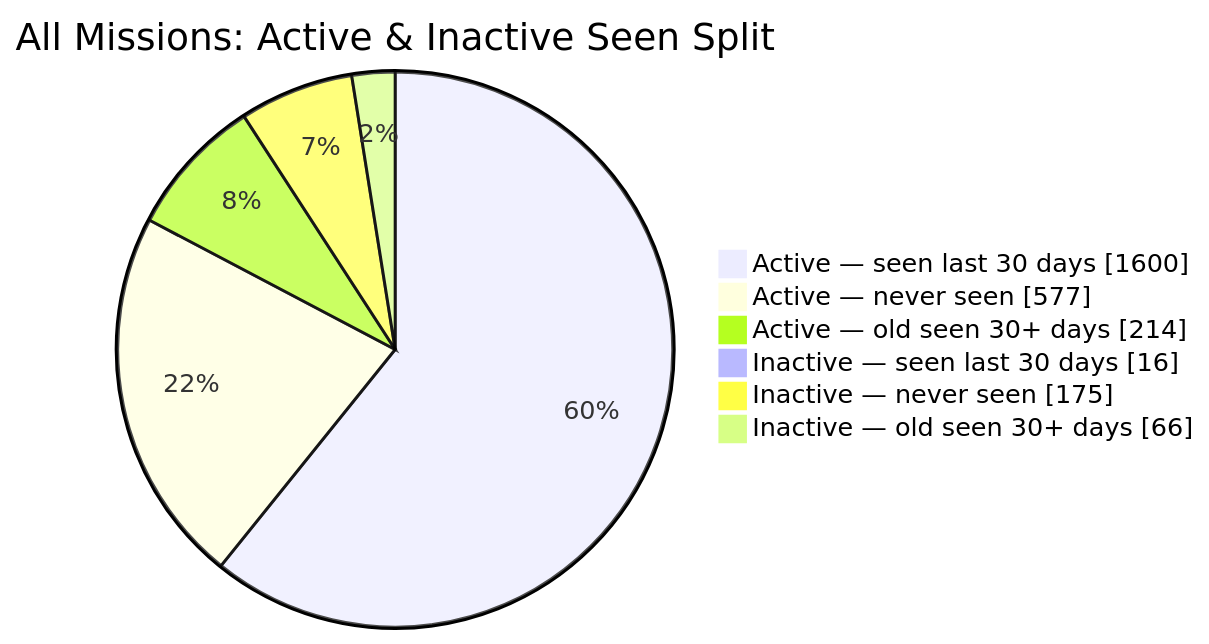
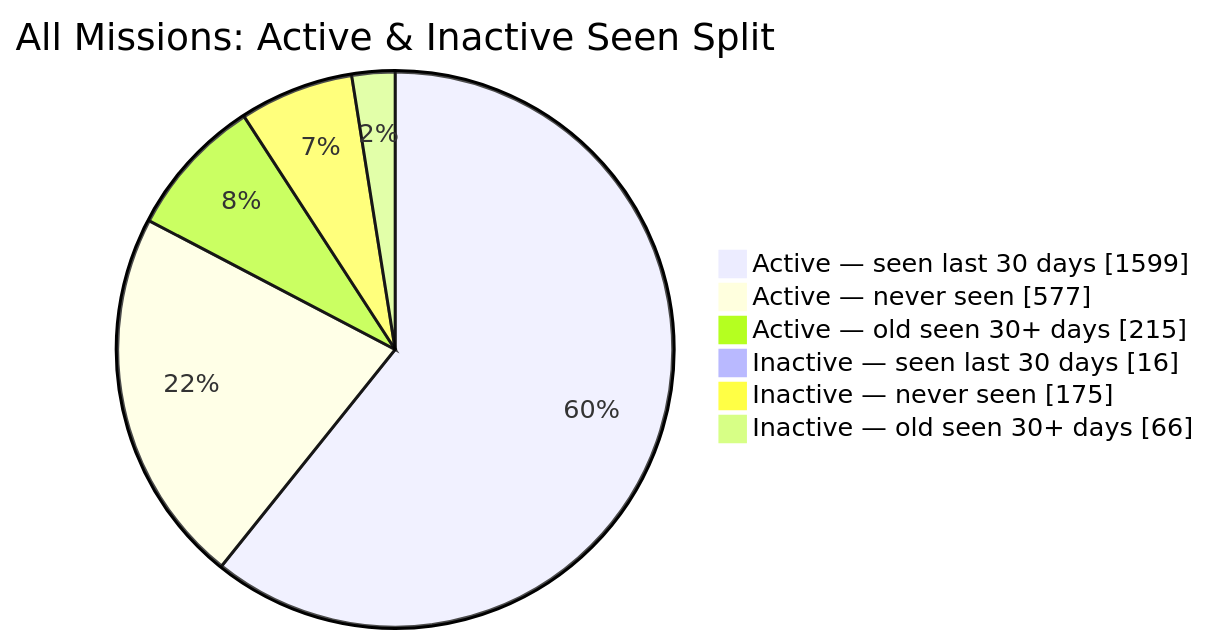
Before and after one commit to MeldkamerspelGameTeam/active-missions: the second of 2 diagrams in README.md, drawn with Mermaid. The commit also changed other lines of this file and 2 other files, not shown here.

````diff
--- a/README.md
+++ b/README.md
@@ -44,10 +44,10 @@
 ```mermaid
 pie showData
     title All Missions: Active & Inactive Seen Split
-    "Active — seen last 30 days" : 1600
+    "Active — seen last 30 days" : 1599
     "Active — never seen" : 577
-    "Active — old seen 30+ days" : 214
+    "Active — old seen 30+ days" : 215
     "Inactive — seen last 30 days" : 16
     "Inactive — never seen" : 175
     "Inactive — old seen 30+ days" : 66
 ```
````
